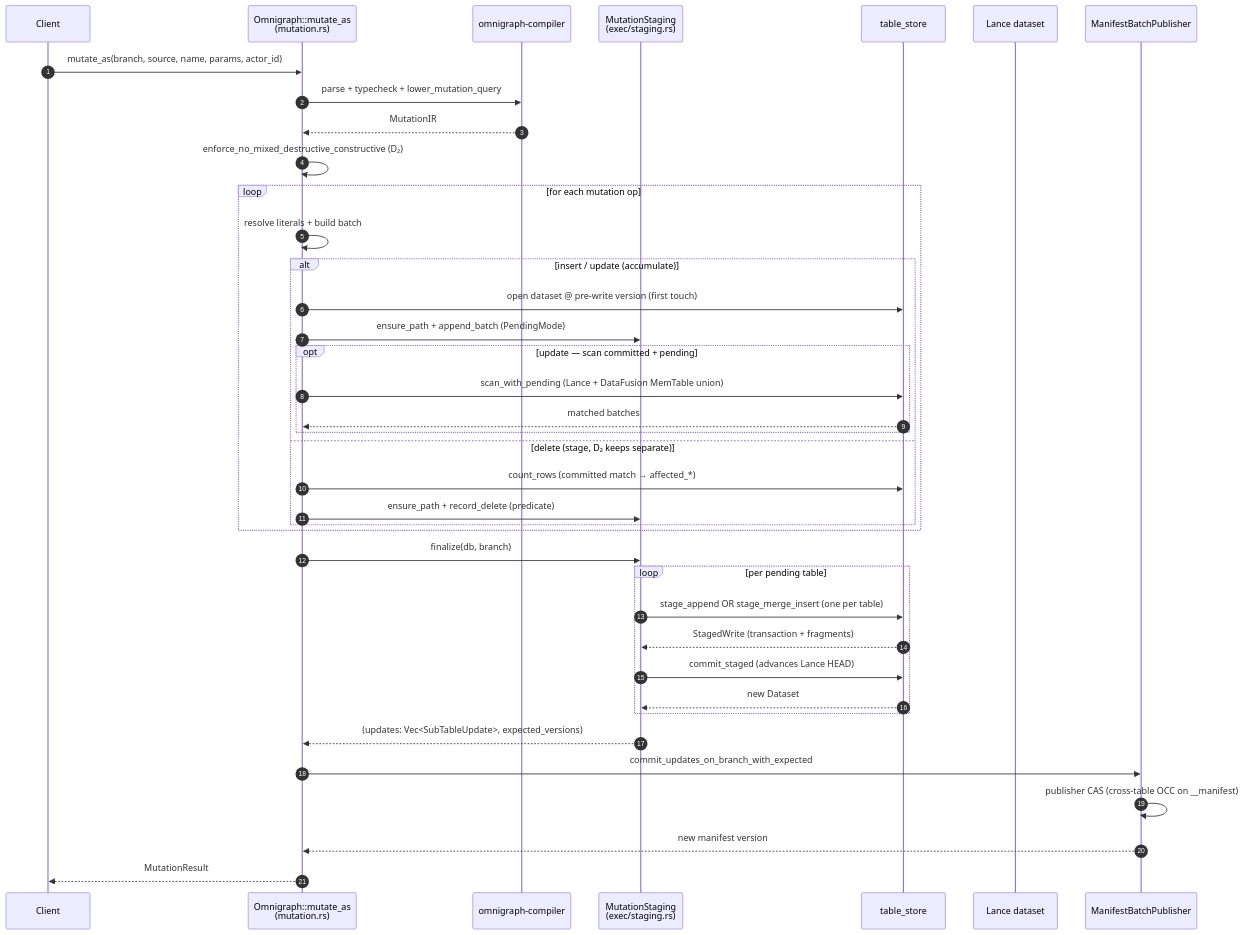
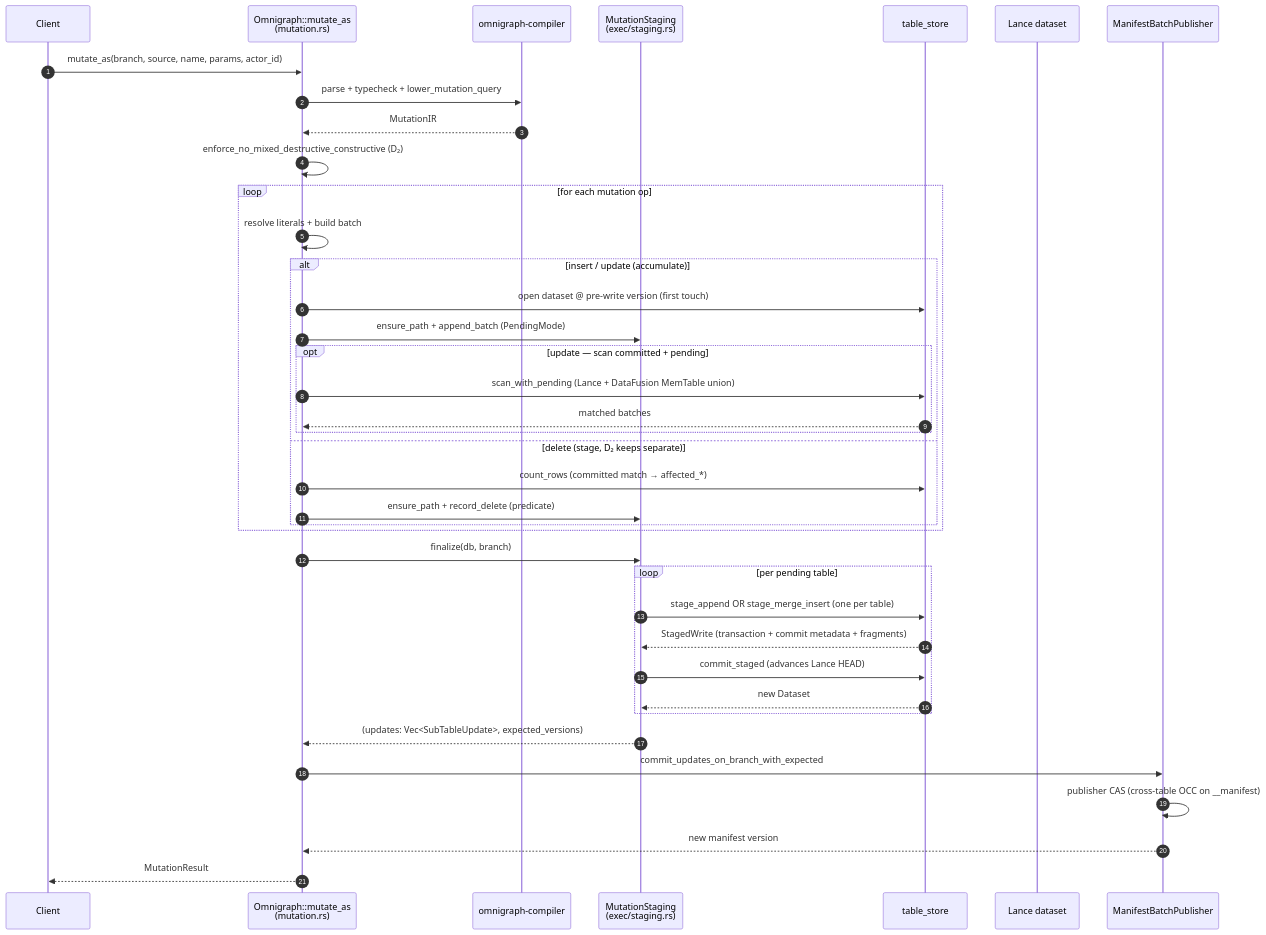
Before and after one commit to ModernRelay/omnigraph: the second of 2 diagrams in docs/dev/execution.md, drawn with Mermaid. The commit also changed 8 other files, not shown here.

Commit message:
Preserve staged write commit metadata

````diff
--- a/docs/dev/execution.md
+++ b/docs/dev/execution.md
@@ -95,42 +95,42 @@
 ```mermaid
 sequenceDiagram
     autonumber
     participant client as Client
     participant og as Omnigraph::mutate_as<br/>(mutation.rs)
     participant cmp as omnigraph-compiler
     participant stg as MutationStaging<br/>(exec/staging.rs)
     participant ts as table_store
     participant lance as Lance dataset
     participant pub as ManifestBatchPublisher
 
     client->>og: mutate_as(branch, source, name, params, actor_id)
     og->>cmp: parse + typecheck + lower_mutation_query
     cmp-->>og: MutationIR
     og->>og: enforce_no_mixed_destructive_constructive (D₂)
     loop for each mutation op
         og->>og: resolve literals + build batch
         alt insert / update (accumulate)
             og->>ts: open dataset @ pre-write version (first touch)
             og->>stg: ensure_path + append_batch (PendingMode)
             opt update — scan committed + pending
                 og->>ts: scan_with_pending (Lance + DataFusion MemTable union)
                 ts-->>og: matched batches
             end
         else delete (stage, D₂ keeps separate)
             og->>ts: count_rows (committed match → affected_*)
             og->>stg: ensure_path + record_delete (predicate)
         end
     end
     og->>stg: finalize(db, branch)
     loop per pending table
         stg->>ts: stage_append OR stage_merge_insert (one per table)
-        ts-->>stg: StagedWrite (transaction + fragments)
+        ts-->>stg: StagedWrite (transaction + commit metadata + fragments)
         stg->>ts: commit_staged (advances Lance HEAD)
         ts-->>stg: new Dataset
     end
     stg-->>og: (updates: Vec<SubTableUpdate>, expected_versions)
     og->>pub: commit_updates_on_branch_with_expected
     pub->>pub: publisher CAS (cross-table OCC on __manifest)
     pub-->>og: new manifest version
     og-->>client: MutationResult
 ```
````
